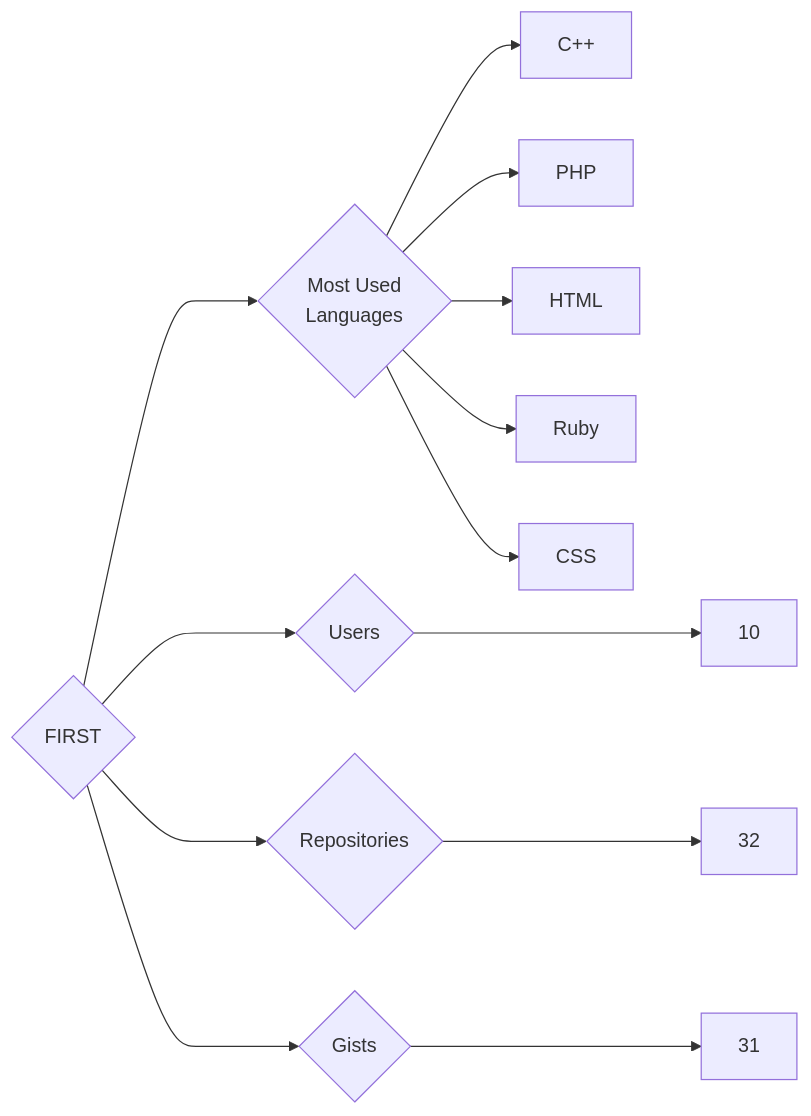
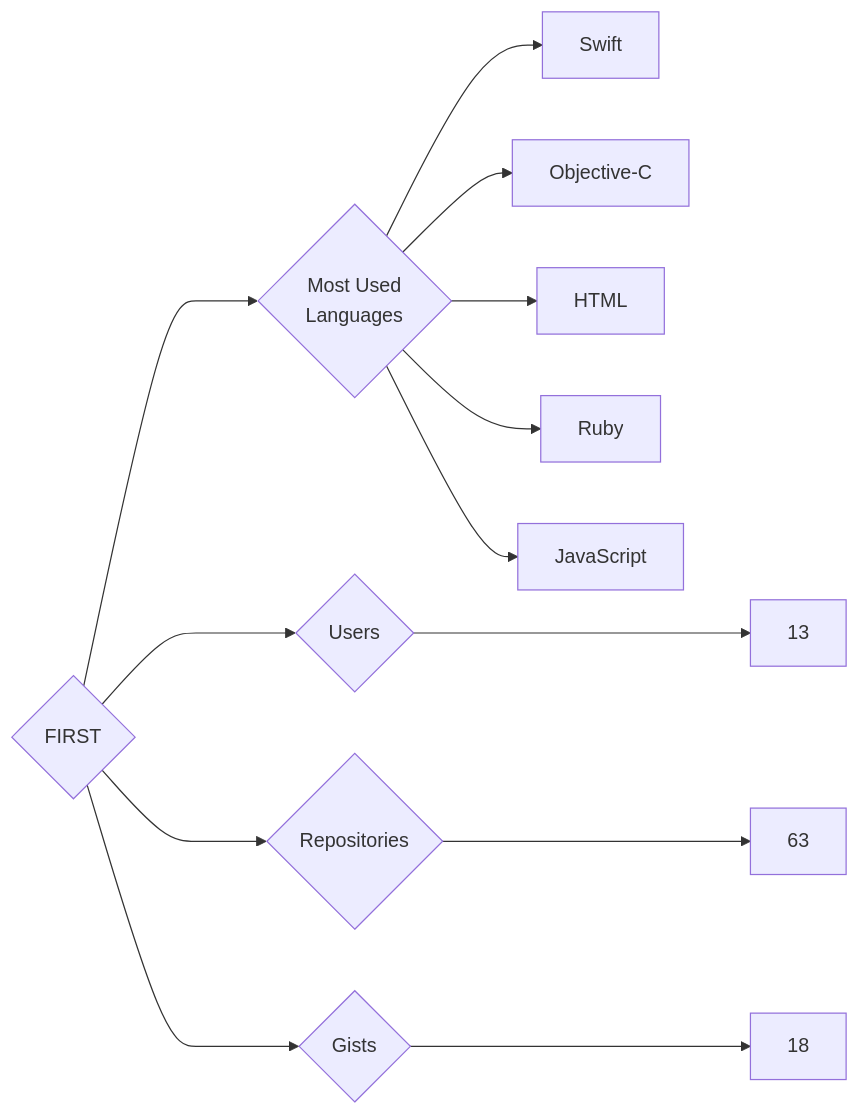
Before and after one commit to trickest/insiders: the diagram in targets/FIRST/README.md, drawn with Mermaid. The commit also changed 951 other files, not shown here.

````diff
--- a/targets/FIRST/README.md
+++ b/targets/FIRST/README.md
@@ -3,13 +3,13 @@
 ```mermaid
 graph LR
 COMPANY_NAME{FIRST}
-COMPANY_NAME ---> U{Users} ---> UN[10]
-COMPANY_NAME ---> R{Repositories} ---> RN[32]
-COMPANY_NAME ---> G{Gists} ---> GN[31]
+COMPANY_NAME ---> U{Users} ---> UN[13]
+COMPANY_NAME ---> R{Repositories} ---> RN[63]
+COMPANY_NAME ---> G{Gists} ---> GN[18]
 COMPANY_NAME ---> ML{Most Used<br>Languages}
-ML --> C++
-ML --> PHP
-ML --> HTML
-ML --> Ruby
-ML --> CSS
+ML --> Swift[Swift]
+ML --> Objective-C[Objective-C]
+ML --> HTML[HTML]
+ML --> Ruby[Ruby]
+ML --> JavaScript[JavaScript]
 ```
````
